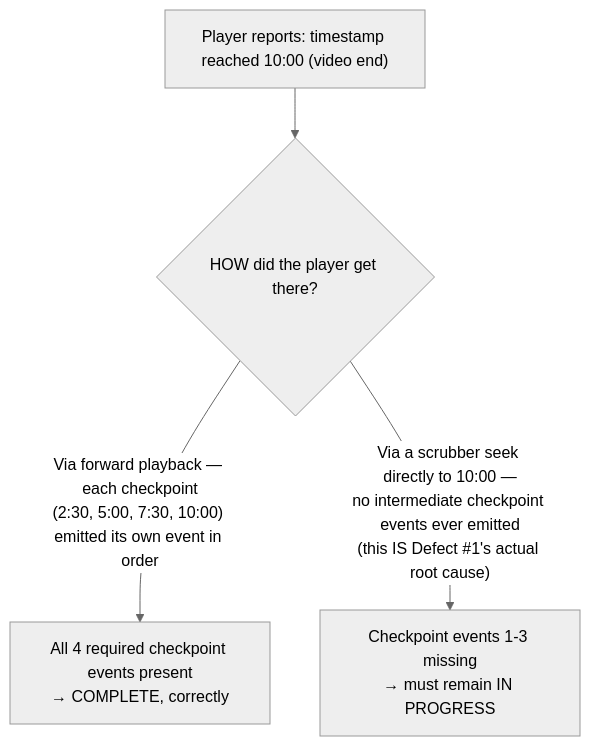
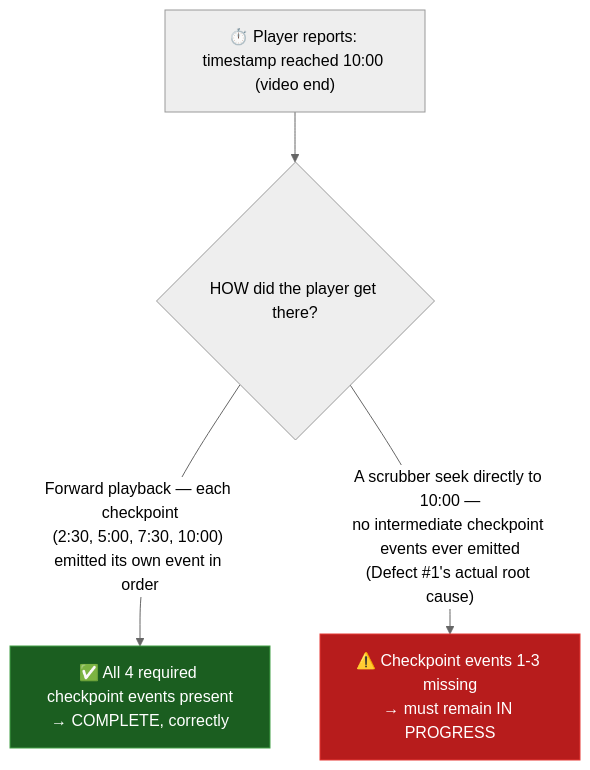
One commit to ghanendra-sdet/lms-platform changed the third of 5 diagrams in docs/architecture-and-flow.md. Above: the diagram before and after it, drawn with Mermaid (neutral theme). The commit also changed other lines of this file and 1 other file, not shown here.

First line of the commit message:
docs: enrich architecture/tech-and-skills diagrams, fix a coverage overclaim

````diff
--- a/docs/architecture-and-flow.md
+++ b/docs/architecture-and-flow.md
@@ -69,6 +75,11 @@
 ```mermaid
 flowchart TD
-    Event["Player reports: timestamp reached 10:00 (video end)"] --> HowGot{"HOW did the player get there?"}
-    HowGot -->|"Via forward playback — each checkpoint<br/>(2:30, 5:00, 7:30, 10:00) emitted its own event in order"| Genuine["All 4 required checkpoint events present<br/>→ COMPLETE, correctly"]
-    HowGot -->|"Via a scrubber seek directly to 10:00 —<br/>no intermediate checkpoint events ever emitted<br/>(this IS Defect #1's actual root cause)"| Seeked["Checkpoint events 1-3 missing<br/>→ must remain IN PROGRESS"]
+    Event["⏱️ Player reports: timestamp reached 10:00 (video end)"] --> HowGot{"HOW did the player get there?"}
+    HowGot -->|"Forward playback — each checkpoint<br/>(2:30, 5:00, 7:30, 10:00) emitted its own event in order"| Genuine["✅ All 4 required checkpoint events present<br/>→ COMPLETE, correctly"]
+    HowGot -->|"A scrubber seek directly to 10:00 —<br/>no intermediate checkpoint events ever emitted<br/>(Defect #1's actual root cause)"| Seeked["⚠️ Checkpoint events 1-3 missing<br/>→ must remain IN PROGRESS"]
+
+    classDef good fill:#1b5e20,stroke:#43a047,color:#fff
+    classDef bad fill:#b71c1c,stroke:#e53935,color:#fff
+    class Genuine good
+    class Seeked bad
 ```
````
